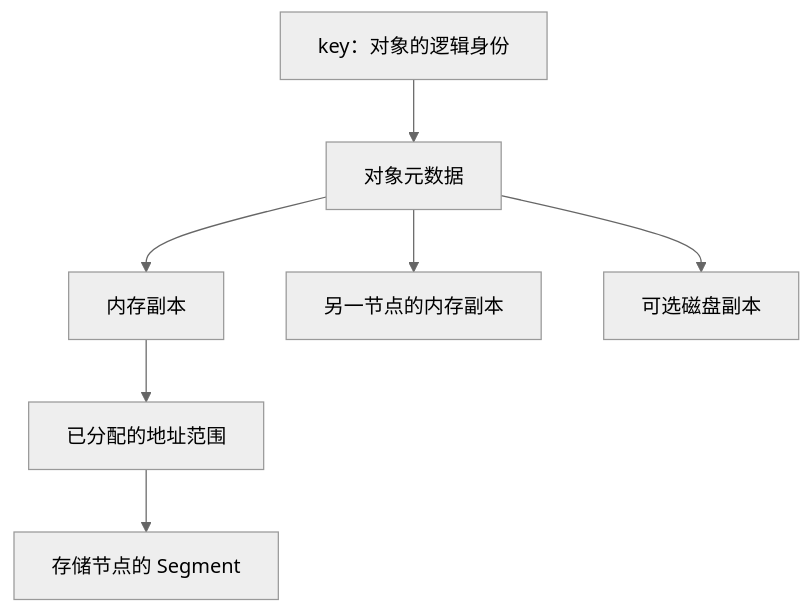
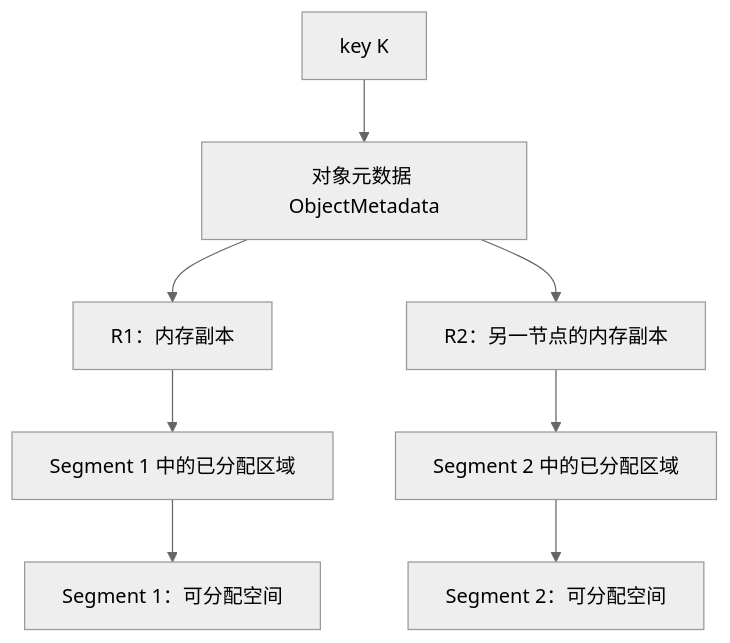
One commit to Hansyangxingxiang/Mooncake changed the first of 2 diagrams in mooncake-kv-cache-series/wechat/02-objects-and-replicas.md. Above: the diagram before and after it, drawn with Mermaid (neutral theme). The commit also changed other lines of this file and 28 other files, not shown here.

````diff
--- a/mooncake-kv-cache-series/wechat/02-objects-and-replicas.md
+++ b/mooncake-kv-cache-series/wechat/02-objects-and-replicas.md
@@ -25,9 +34,10 @@
 ```mermaid
 flowchart TB
-    K["key：对象的逻辑身份"] --> O["对象元数据"]
-    O --> R1["内存副本"]
-    O --> R2["另一节点的内存副本"]
-    O --> R3["可选磁盘副本"]
-    R1 --> B["已分配的地址范围"]
-    B --> S["存储节点的 Segment"]
+    K["key K"] --> O["对象元数据 ObjectMetadata"]
+    O --> R1["R1：内存副本"]
+    O --> R2["R2：另一节点的内存副本"]
+    R1 --> A1["Segment 1 中的已分配区域"]
+    R2 --> A2["Segment 2 中的已分配区域"]
+    A1 --> S1["Segment 1：可分配空间"]
+    A2 --> S2["Segment 2：可分配空间"]
 ```
````
